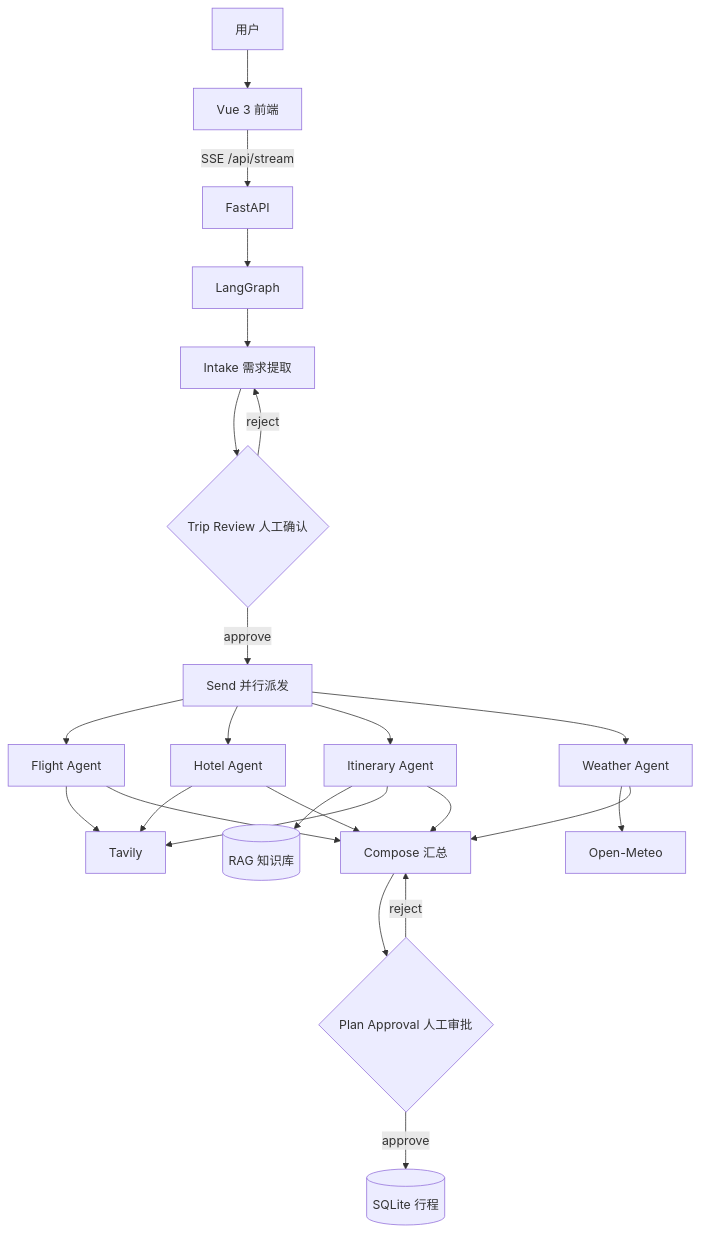
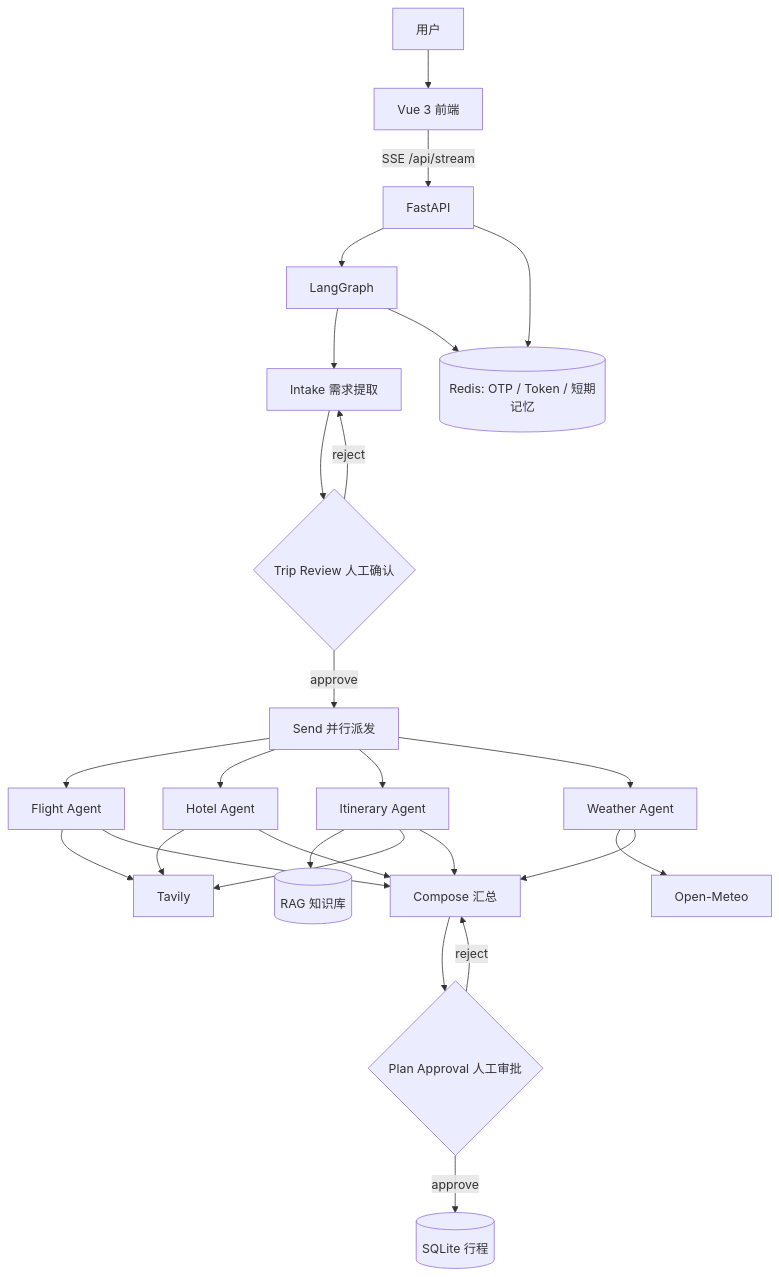
One commit to TamakoAnko/AI-Travel-Agent changed the diagram in README.md. Above: the diagram before and after it, drawn with Mermaid. The commit also changed other lines of this file and 15 other files, not shown here.

````diff
--- a/README.md
+++ b/README.md
@@ -19,26 +21,28 @@
 ```mermaid
 flowchart TD
     U[用户] --> FE[Vue 3 前端]
     FE -->|SSE /api/stream| API[FastAPI]
     API --> G[LangGraph]
     G --> IN[Intake 需求提取]
     IN --> RV{Trip Review 人工确认}
     RV -->|approve| FAN[Send 并行派发]
     RV -->|reject| IN
     FAN --> FL[Flight Agent]
     FAN --> HO[Hotel Agent]
     FAN --> IT[Itinerary Agent]
     FAN --> WE[Weather Agent]
     FL --> T1[Tavily]
     HO --> T1
     IT --> RAG[(RAG 知识库)]
     IT --> T1
     WE --> T2[Open-Meteo]
     FL --> CP[Compose 汇总]
     HO --> CP
     IT --> CP
     WE --> CP
     CP --> AP{Plan Approval 人工审批}
     AP -->|approve| DB[(SQLite 行程)]
     AP -->|reject| CP
+    API --> RD[(Redis: OTP / Token / 短期记忆)]
+    G --> RD
 ```
````
